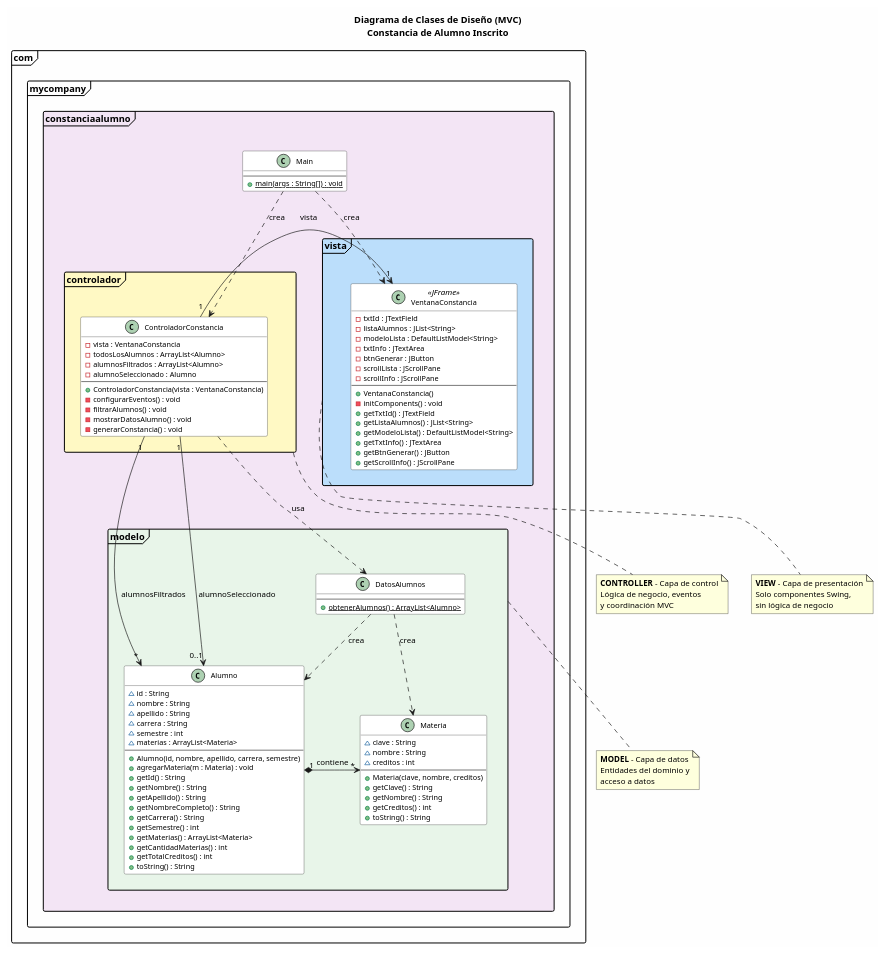
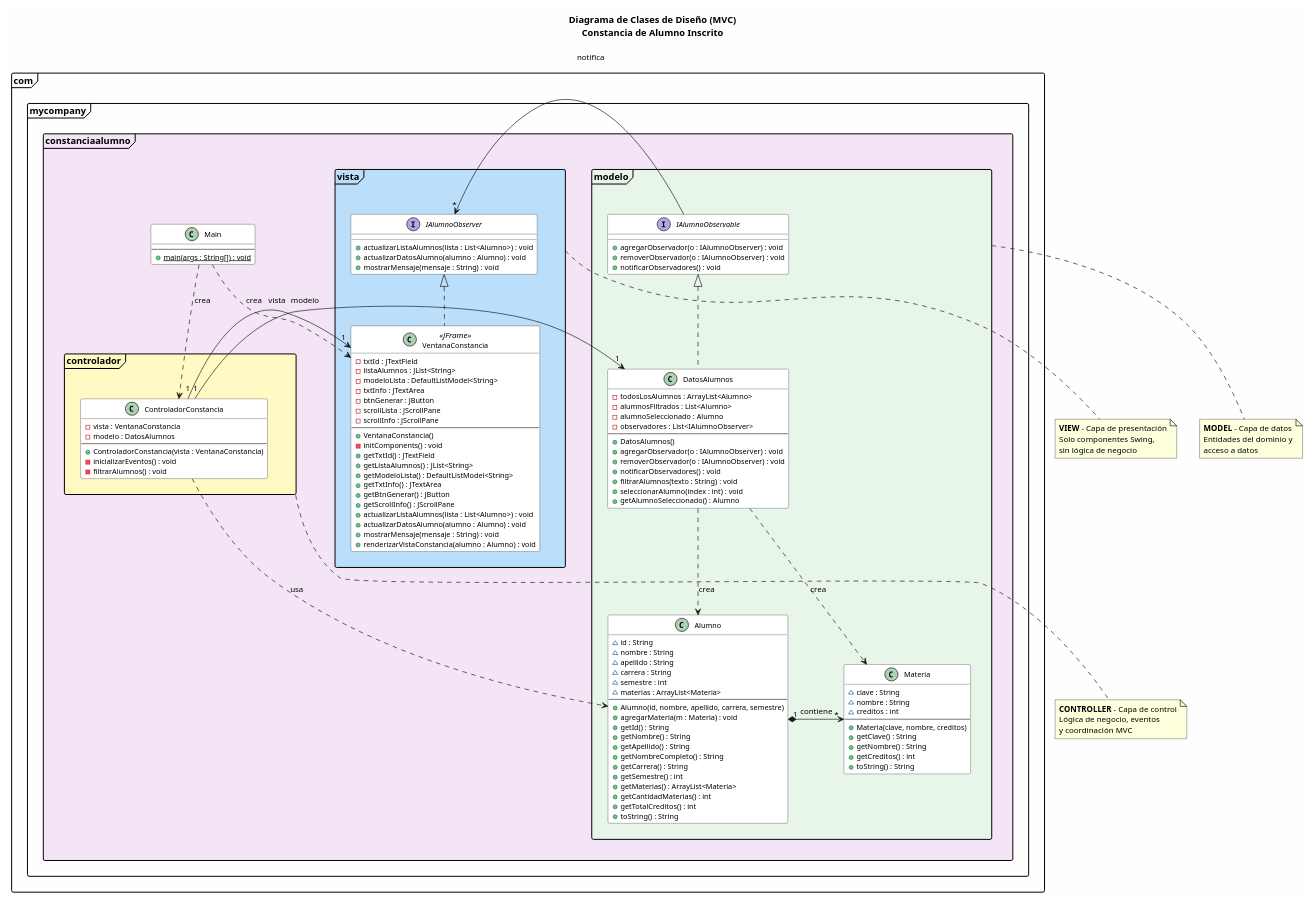
The diagram in diagramas/04_clases_diseno_mvc.puml (AlejandroMontijo/ConstanciaAlumno), drawn with PlantUML before and after one commit. The commit also changed 8 other files, not shown here.

Commit message:
Refactor architecture to use Observer Pattern and Interface Segregation (GRASP) and updated UML diagrams

```diff
--- a/diagramas/04_clases_diseno_mvc.puml
+++ b/diagramas/04_clases_diseno_mvc.puml
@@ -1,125 +1,151 @@
 @startuml
 skinparam backgroundColor #FEFEFE
 skinparam defaultFontSize 12
 skinparam classFontSize 13
 skinparam classAttributeFontSize 11
 skinparam packageFontSize 14
 skinparam packageStyle frame
 skinparam classBackgroundColor #FFFFFF
 skinparam classBorderColor #333333
 
 title Diagrama de Clases de Diseño (MVC)\nConstancia de Alumno Inscrito
 
 package "com.mycompany.constanciaalumno.modelo" #E8F5E9 {
     class Alumno {
         ~ id : String
         ~ nombre : String
         ~ apellido : String
         ~ carrera : String
         ~ semestre : int
         ~ materias : ArrayList<Materia>
         --
         + Alumno(id, nombre, apellido, carrera, semestre)
         + agregarMateria(m : Materia) : void
         + getId() : String
         + getNombre() : String
         + getApellido() : String
         + getNombreCompleto() : String
         + getCarrera() : String
         + getSemestre() : int
         + getMaterias() : ArrayList<Materia>
         + getCantidadMaterias() : int
         + getTotalCreditos() : int
         + toString() : String
     }
 
     class Materia {
         ~ clave : String
         ~ nombre : String
         ~ creditos : int
         --
         + Materia(clave, nombre, creditos)
         + getClave() : String
         + getNombre() : String
         + getCreditos() : int
         + toString() : String
     }
 
+    interface IAlumnoObservable {
+        + agregarObservador(o : IAlumnoObserver) : void
+        + removerObservador(o : IAlumnoObserver) : void
+        + notificarObservadores() : void
+    }
+
     class DatosAlumnos {
+        - todosLosAlumnos : ArrayList<Alumno>
+        - alumnosFiltrados : List<Alumno>
+        - alumnoSeleccionado : Alumno
+        - observadores : List<IAlumnoObserver>
         --
-        + {static} obtenerAlumnos() : ArrayList<Alumno>
+        + DatosAlumnos()
+        + agregarObservador(o : IAlumnoObserver) : void
+        + removerObservador(o : IAlumnoObserver) : void
+        + notificarObservadores() : void
+        + filtrarAlumnos(texto : String) : void
+        + seleccionarAlumno(index : int) : void
+        + getAlumnoSeleccionado() : Alumno
     }
+
+    DatosAlumnos .up.|> IAlumnoObservable
 
     Alumno "1" *-right-> "*" Materia : contiene
     DatosAlumnos ..> Alumno : crea
     DatosAlumnos ..> Materia : crea
 }
 
 package "com.mycompany.constanciaalumno.vista" #BBDEFB {
+    interface IAlumnoObserver {
+        + actualizarListaAlumnos(lista : List<Alumno>) : void
+        + actualizarDatosAlumno(alumno : Alumno) : void
+        + mostrarMensaje(mensaje : String) : void
+    }
+
     class VentanaConstancia <<JFrame>> {
         - txtId : JTextField
         - listaAlumnos : JList<String>
         - modeloLista : DefaultListModel<String>
         - txtInfo : JTextArea
         - btnGenerar : JButton
         - scrollLista : JScrollPane
         - scrollInfo : JScrollPane
         --
         + VentanaConstancia()
         - initComponents() : void
         + getTxtId() : JTextField
         + getListaAlumnos() : JList<String>
         + getModeloLista() : DefaultListModel<String>
         + getTxtInfo() : JTextArea
         + getBtnGenerar() : JButton
         + getScrollInfo() : JScrollPane
+        + actualizarListaAlumnos(lista : List<Alumno>) : void
+        + actualizarDatosAlumno(alumno : Alumno) : void
+        + mostrarMensaje(mensaje : String) : void
+        + renderizarVistaConstancia(alumno : Alumno) : void
     }
+    
+    VentanaConstancia .up.|> IAlumnoObserver
 }
 
 package "com.mycompany.constanciaalumno.controlador" #FFF9C4 {
     class ControladorConstancia {
         - vista : VentanaConstancia
-        - todosLosAlumnos : ArrayList<Alumno>
-        - alumnosFiltrados : ArrayList<Alumno>
-        - alumnoSeleccionado : Alumno
+        - modelo : DatosAlumnos
         --
         + ControladorConstancia(vista : VentanaConstancia)
-        - configurarEventos() : void
+        - inicializarEventos() : void
         - filtrarAlumnos() : void
-        - mostrarDatosAlumno() : void
-        - generarConstancia() : void
     }
 }
 
 package "com.mycompany.constanciaalumno" #F3E5F5 {
     class Main {
         --
         + {static} main(args : String[]) : void
     }
 }
 
 ControladorConstancia "1" -left-> "1" VentanaConstancia : vista
-ControladorConstancia "1" --> "*" Alumno : alumnosFiltrados
-ControladorConstancia "1" --> "0..1" Alumno : alumnoSeleccionado
-ControladorConstancia ..> DatosAlumnos : usa
+ControladorConstancia "1" -down-> "1" DatosAlumnos : modelo
+ControladorConstancia ..> Alumno : usa
+IAlumnoObservable -> "*" IAlumnoObserver : notifica
 Main ..> VentanaConstancia : crea
 Main ..> ControladorConstancia : crea
 
 note bottom of "com.mycompany.constanciaalumno.modelo"
   **MODEL** - Capa de datos
   Entidades del dominio y
   acceso a datos
 end note
 
 note bottom of "com.mycompany.constanciaalumno.vista"
   **VIEW** - Capa de presentación
   Solo componentes Swing,
   sin lógica de negocio
 end note
 
 note bottom of "com.mycompany.constanciaalumno.controlador"
   **CONTROLLER** - Capa de control
   Lógica de negocio, eventos
   y coordinación MVC
 end note
 @enduml
```
